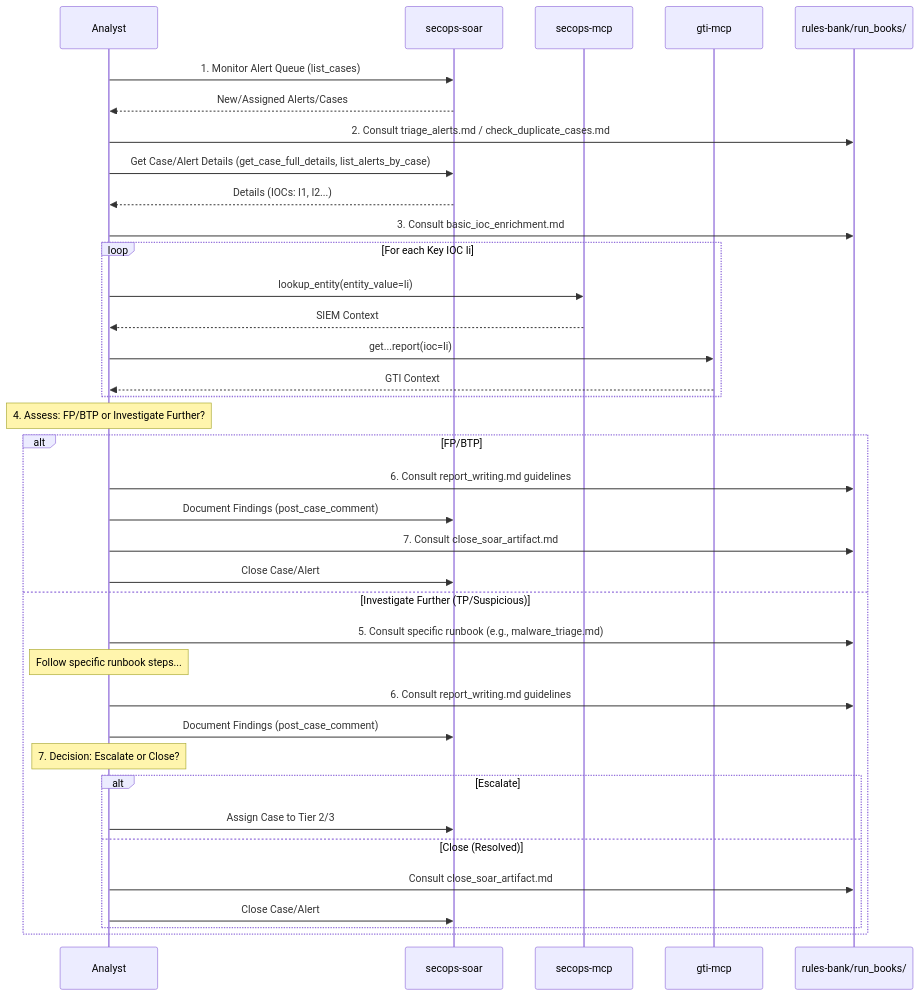
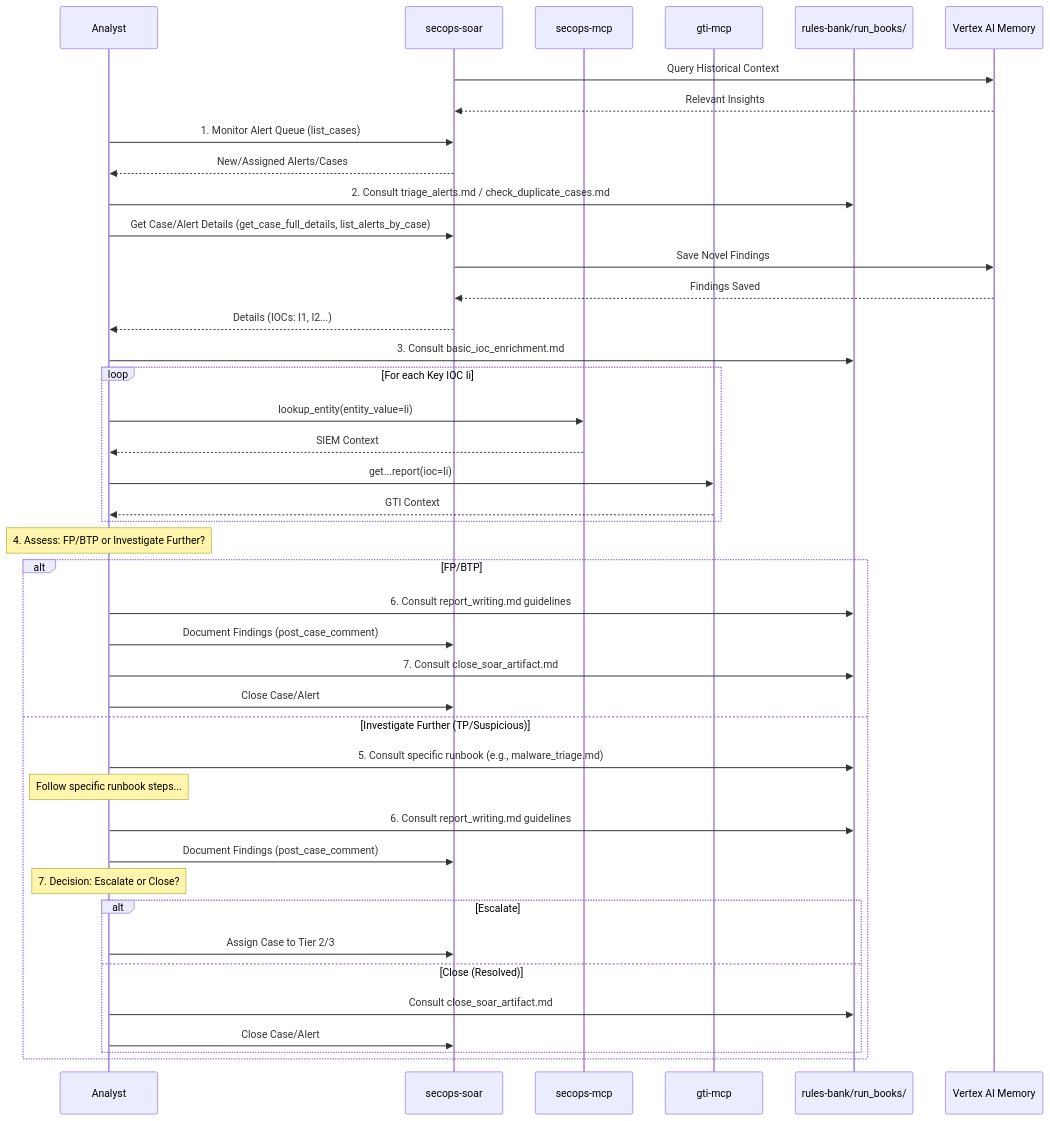
The diagram in rules-bank/run_books/guidelines/soc_analyst_workflows.md (dandye/adk_runbooks), drawn with Mermaid before and after one commit. The commit also changed other lines of this file and 125 other files, not shown here.

````diff
--- a/rules-bank/run_books/guidelines/soc_analyst_workflows.md
+++ b/rules-bank/run_books/guidelines/soc_analyst_workflows.md
@@ -48,41 +50,50 @@
 ```{mermaid}
 sequenceDiagram
     participant Analyst
     participant SOAR as secops-soar
     participant SIEM as secops-mcp
     participant GTI as gti-mcp
     participant Runbooks as rules-bank/run_books/
+    participant Memory as Vertex AI Memory
 
+
+    %% Step: Query Memory Context
+    SOAR->>Memory: Query Historical Context
+    Memory-->>SOAR: Relevant Insights
     Analyst->>SOAR: 1. Monitor Alert Queue (list_cases)
     SOAR-->>Analyst: New/Assigned Alerts/Cases
     Analyst->>Runbooks: 2. Consult triage_alerts.md / check_duplicate_cases.md
     Analyst->>SOAR: Get Case/Alert Details (get_case_full_details, list_alerts_by_case)
+
+    %% Step: Save Findings to Memory
+    SOAR->>Memory: Save Novel Findings
+    Memory-->>SOAR: Findings Saved
     SOAR-->>Analyst: Details (IOCs: I1, I2...)
     Analyst->>Runbooks: 3. Consult basic_ioc_enrichment.md
     loop For each Key IOC Ii
         Analyst->>SIEM: lookup_entity(entity_value=Ii)
         SIEM-->>Analyst: SIEM Context
         Analyst->>GTI: get...report(ioc=Ii)
         GTI-->>Analyst: GTI Context
     end
     Note over Analyst: 4. Assess: FP/BTP or Investigate Further?
     alt FP/BTP
          Analyst->>Runbooks: 6. Consult report_writing.md guidelines
          Analyst->>SOAR: Document Findings (post_case_comment)
          Analyst->>Runbooks: 7. Consult close_soar_artifact.md
          Analyst->>SOAR: Close Case/Alert
     else Investigate Further (TP/Suspicious)
         Analyst->>Runbooks: 5. Consult specific runbook (e.g., malware_triage.md)
         Note over Analyst: Follow specific runbook steps...
         Analyst->>Runbooks: 6. Consult report_writing.md guidelines
         Analyst->>SOAR: Document Findings (post_case_comment)
         Note over Analyst: 7. Decision: Escalate or Close?
         alt Escalate
             Analyst->>SOAR: Assign Case to Tier 2/3
         else Close (Resolved)
             Analyst->>Runbooks: Consult close_soar_artifact.md
             Analyst->>SOAR: Close Case/Alert
         end
     end
 
 ```
````
